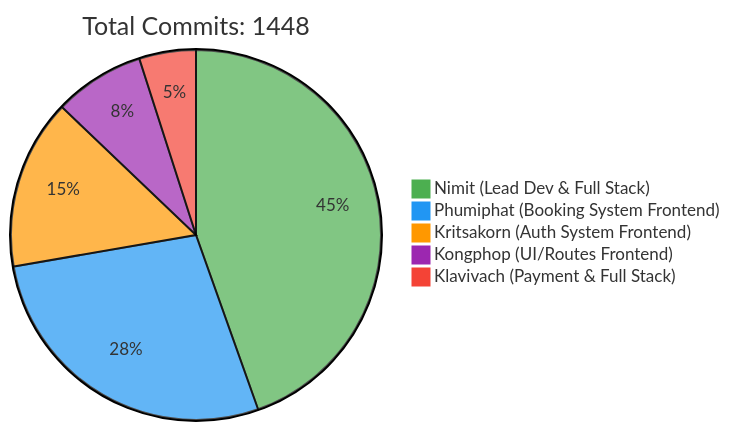
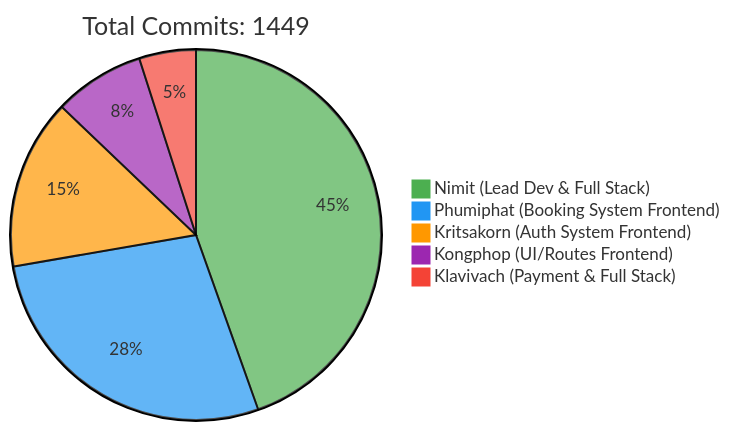
Before and after one commit to 6531503042/Sport-Complex: the first of 2 diagrams in README.md, drawn with Mermaid. The commit also changed other lines of this file, not shown here.

Commit message:
docs: Update contributor statistics [skip ci]

````diff
--- a/README.md
+++ b/README.md
@@ -257,10 +257,10 @@
 ```mermaid
 %%{init: {'theme': 'base', 'themeVariables': { 'pie1': '#4CAF50', 'pie2': '#2196F3', 'pie3': '#FF9800', 'pie4': '#9C27B0', 'pie5': '#F44336'}}}%%
 pie
-    title Total Commits: 1448
+    title Total Commits: 1449
     "Nimit (Lead Dev & Full Stack)" : 450
     "Phumiphat (Booking System Frontend)" : 280
     "Kritsakorn (Auth System Frontend)" : 150
     "Kongphop (UI/Routes Frontend)" : 80
     "Klavivach (Payment & Full Stack)" : 50
 ```
````
